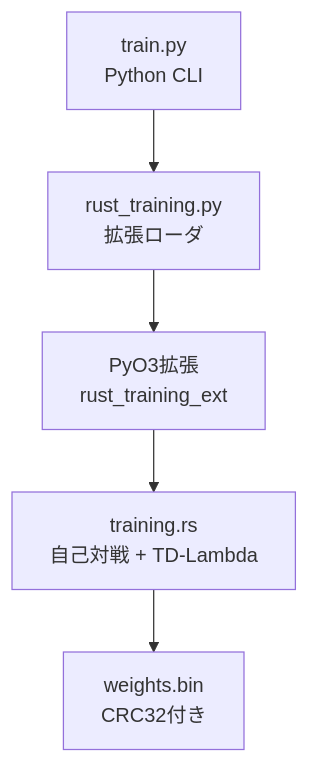
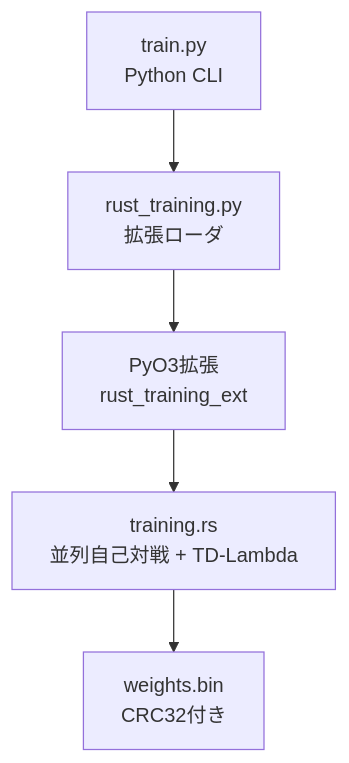
Before and after one commit to omoch1-2357/Reversi: the third of 6 diagrams in docs/DESIGN.md, drawn with Mermaid. The commit also changed other lines of this file and 9 other files, not shown here.

````diff
--- a/docs/DESIGN.md
+++ b/docs/DESIGN.md
@@ -532,7 +532,7 @@
 ```mermaid
 graph TD
     TRAIN[train.py<br/>Python CLI] --> PY_BRIDGE[rust_training.py<br/>拡張ローダ]
     PY_BRIDGE --> PYO3[PyO3拡張<br/>rust_training_ext]
-    PYO3 --> RUST_TRAIN[training.rs<br/>自己対戦 + TD-Lambda]
+    PYO3 --> RUST_TRAIN[training.rs<br/>並列自己対戦 + TD-Lambda]
     RUST_TRAIN --> BIN[weights.bin<br/>CRC32付き]
 ```
````
